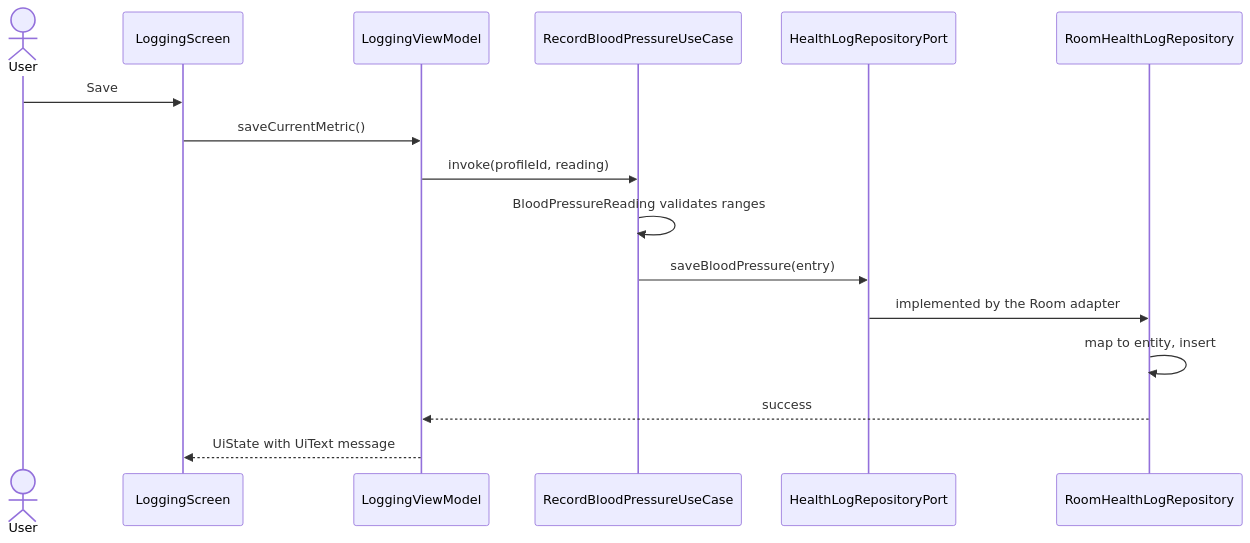
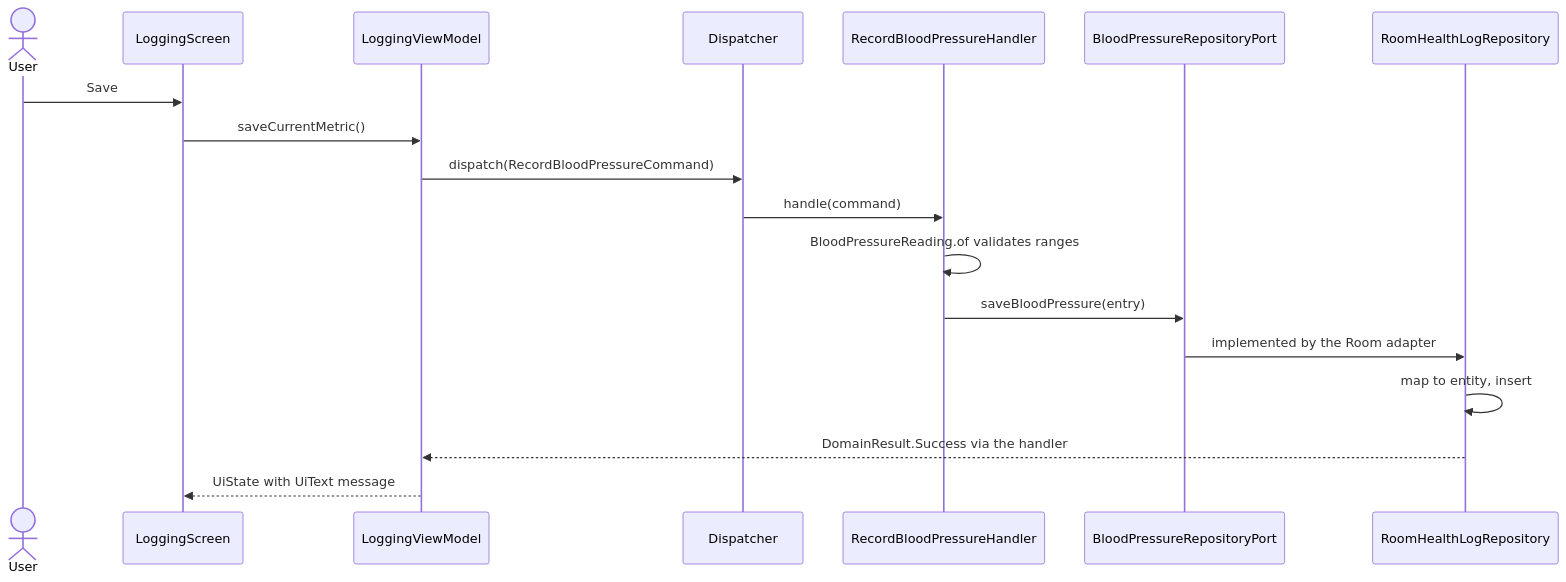
One commit to mannetje/health_journal changed the ninth of 13 diagrams in docs/dev/c4.md. Above: the diagram before and after it, drawn with Mermaid. The commit also changed other lines of this file and 214 other files, not shown here.

First line of the commit message:
refactor: segregated ports, command dispatcher, typed domain errors and bounded contexts

````diff
--- a/docs/dev/c4.md
+++ b/docs/dev/c4.md
@@ -238,18 +238,20 @@
 ```mermaid
 sequenceDiagram
     actor U as User
     participant S as LoggingScreen
     participant VM as LoggingViewModel
-    participant UC as RecordBloodPressureUseCase
-    participant P as HealthLogRepositoryPort
+    participant D as Dispatcher
+    participant UC as RecordBloodPressureHandler
+    participant P as BloodPressureRepositoryPort
     participant R as RoomHealthLogRepository
     U->>S: Save
     S->>VM: saveCurrentMetric()
-    VM->>UC: invoke(profileId, reading)
-    UC->>UC: BloodPressureReading validates ranges
+    VM->>D: dispatch(RecordBloodPressureCommand)
+    D->>UC: handle(command)
+    UC->>UC: BloodPressureReading.of validates ranges
     UC->>P: saveBloodPressure(entry)
     P->>R: implemented by the Room adapter
     R->>R: map to entity, insert
-    R-->>VM: success
+    R-->>VM: DomainResult.Success via the handler
     VM-->>S: UiState with UiText message
 ```
````
